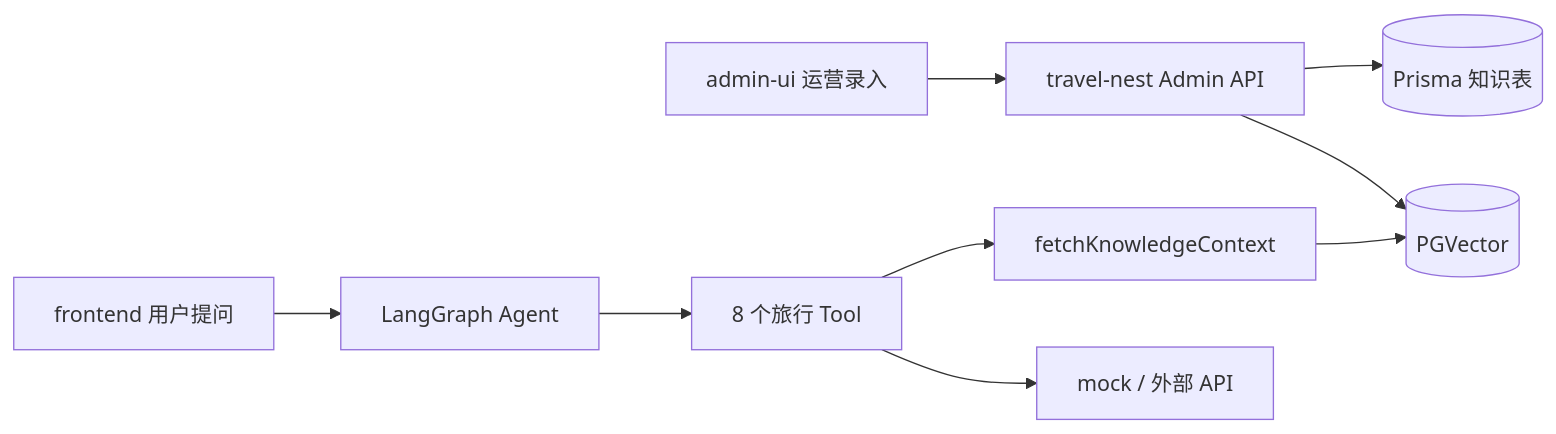
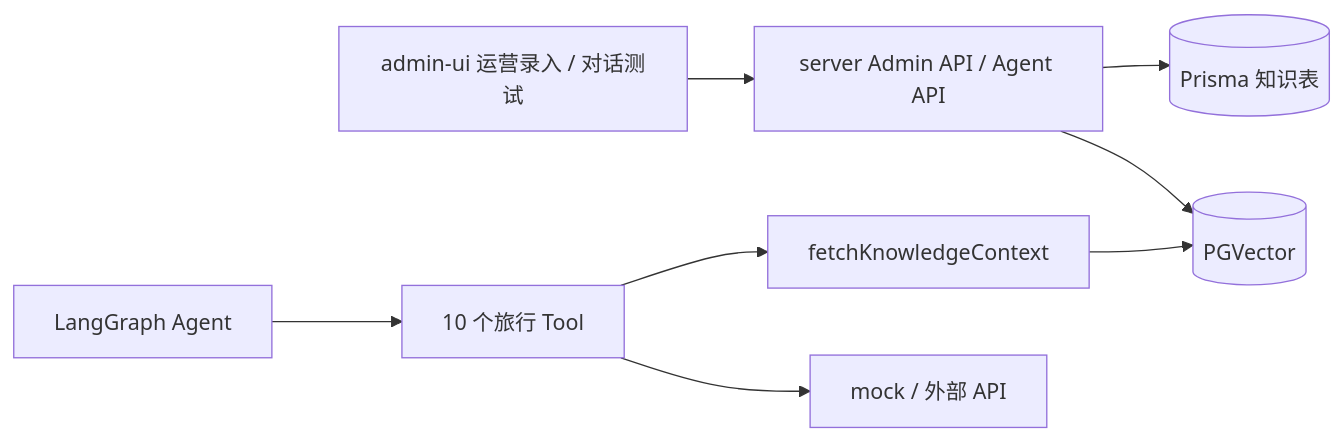
One commit to ma-xiaofang/travel-ai-agent changed the third of 3 diagrams in docs/admin-ui设计.md. Above: the diagram before and after it, drawn with Mermaid. The commit also changed other lines of this file, not shown here.

First line of the commit message:
docs: 同步 admin-ui 设计文档至当前代码状态

````diff
--- a/docs/admin-ui设计.md
+++ b/docs/admin-ui设计.md
@@ -405,11 +472,10 @@
 ```mermaid
 flowchart LR
-  Admin[admin-ui 运营录入] --> API[travel-nest Admin API]
+  Admin[admin-ui 运营录入 / 对话测试] --> API[server Admin API / Agent API]
   API --> DB[(Prisma 知识表)]
   API --> VS[(PGVector)]
-  User[frontend 用户提问] --> Agent[LangGraph Agent]
-  Agent --> Tools[8 个旅行 Tool]
+  Agent[LangGraph Agent] --> Tools[10 个旅行 Tool]
   Tools --> RAG[fetchKnowledgeContext]
   RAG --> VS
   Tools --> Mock[mock / 外部 API]
 ```
````
